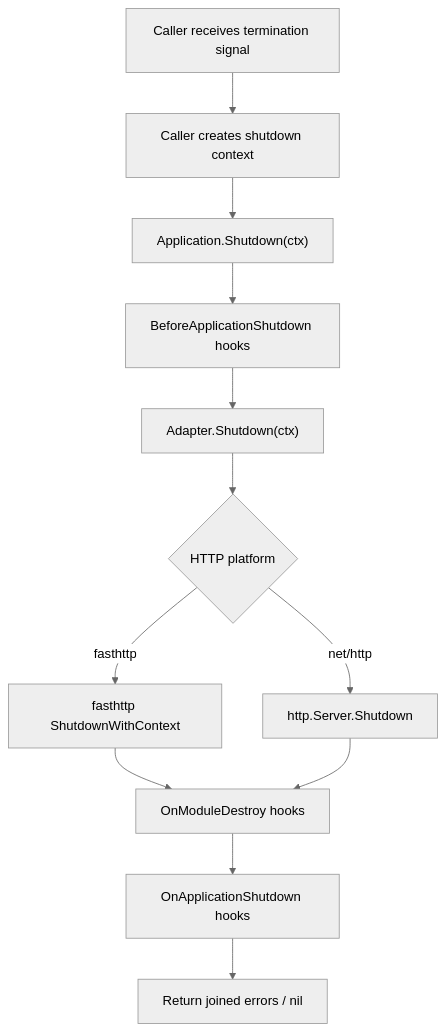
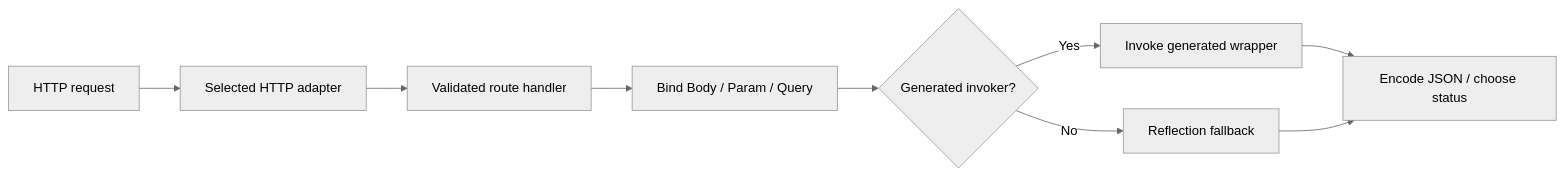
The second of 3 diagrams in website/docs/fundamentals/lifecycle.md (kevenmiano/nestgo), drawn with Mermaid (neutral theme) before and after one commit. The commit also changed other lines of this file and 4 other files, not shown here.

````diff
--- a/website/docs/fundamentals/lifecycle.md
+++ b/website/docs/fundamentals/lifecycle.md
@@ -153,14 +47,11 @@
 ```mermaid
-flowchart TD
-  Signal["Caller receives termination signal"] --> Caller["Caller creates shutdown context"]
-  Caller --> API["Application.Shutdown(ctx)"]
-  API --> Before["BeforeApplicationShutdown hooks"]
-  Before --> Adapter["Adapter.Shutdown(ctx)"]
-  Adapter --> Native{"HTTP platform"}
-  Native -->|"fasthttp"| Fast["fasthttp ShutdownWithContext"]
-  Native -->|"net/http"| Net["http.Server.Shutdown"]
-  Fast --> Destroy["OnModuleDestroy hooks"]
-  Net --> Destroy
-  Destroy --> Final["OnApplicationShutdown hooks"]
-  Final --> Done["Return joined errors / nil"]
+flowchart LR
+  Request["HTTP request"] --> Adapter["Selected HTTP adapter"]
+  Adapter --> Route["Validated route handler"]
+  Route --> Bind["Bind Body / Param / Query"]
+  Bind --> Invoke{"Generated invoker?"}
+  Invoke -->|Yes| Static["Invoke generated wrapper"]
+  Invoke -->|No| Dynamic["Reflection fallback"]
+  Static --> Result["Encode JSON / choose status"]
+  Dynamic --> Result
 ```
````
